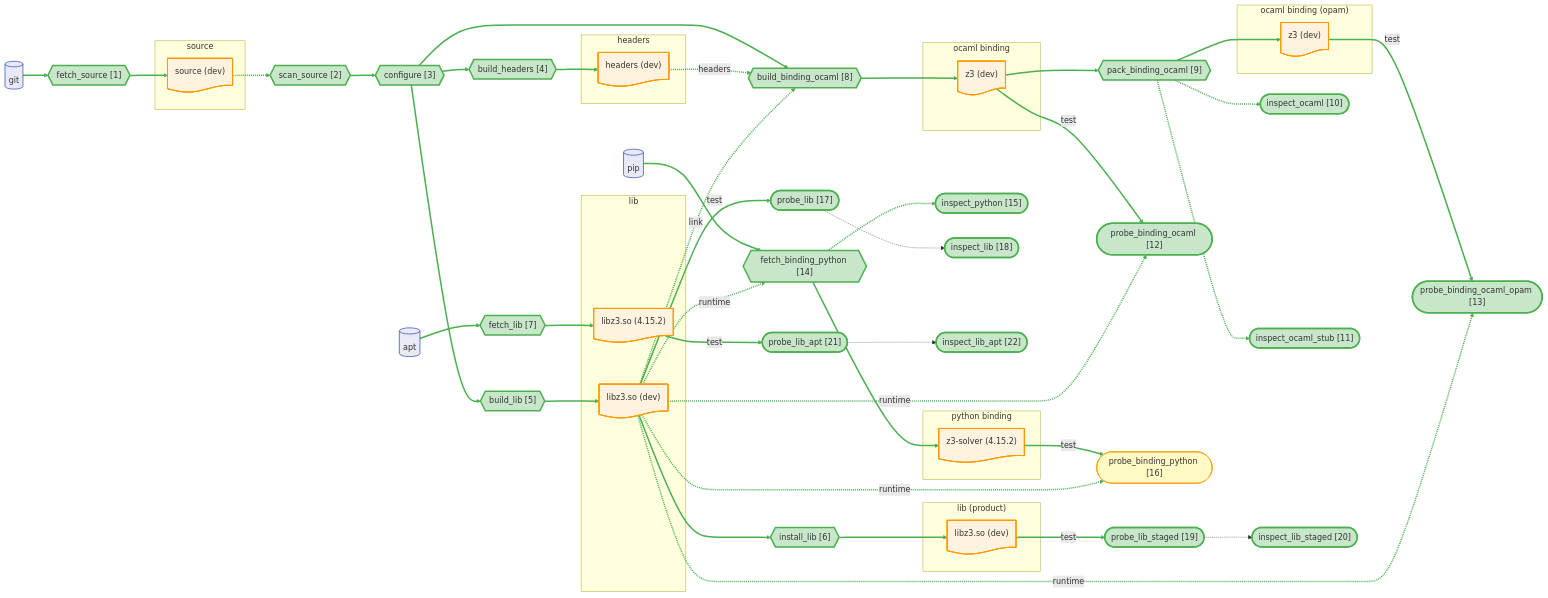
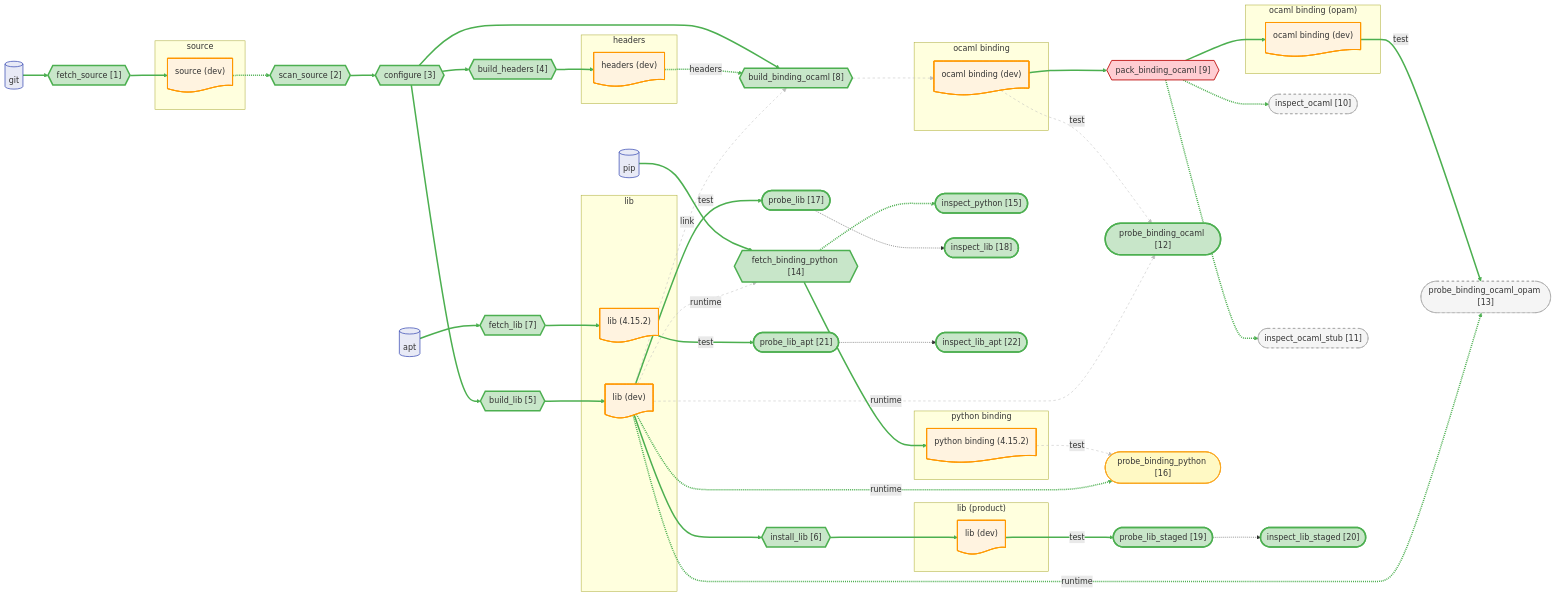
The diagram in docs/canary/projects/z3/_run/diagrams/full.mmd (JHU-PL-Lab/tola), drawn with Mermaid before and after one commit. The commit also changed 56 other files, not shown here.

First line of the commit message:
refactor: split canary_action.ml, extract canary_diagram.ml

```diff
--- a/docs/canary/projects/z3/_run/diagrams/full.mmd
+++ b/docs/canary/projects/z3/_run/diagrams/full.mmd
@@ -1,153 +1,153 @@
 %% view: full
 graph LR
     subgraph source_sg ["source"]
       source_node@{ shape: doc, label: "source (dev)" }
     end
     subgraph headers_sg ["headers"]
       headers_node@{ shape: doc, label: "headers (dev)" }
     end
     subgraph lib_input_sg ["lib"]
-      lib_build_tree_node@{ shape: doc, label: "libz3.so (dev)" }
-      lib_apt_node@{ shape: doc, label: "libz3.so (4.15.2)" }
+      lib_build_tree_node@{ shape: doc, label: "lib (dev)" }
+      lib_apt_node@{ shape: doc, label: "lib (4.15.2)" }
     end
     subgraph lib_product_sg ["lib (product)"]
-      lib_staged_node@{ shape: doc, label: "libz3.so (dev)" }
+      lib_staged_node@{ shape: doc, label: "lib (dev)" }
     end
     subgraph ocaml_binding_input_sg ["ocaml binding"]
-      ocaml_binding_build_tree_node@{ shape: doc, label: "z3 (dev)" }
+      ocaml_binding_build_tree_node@{ shape: doc, label: "ocaml binding (dev)" }
     end
     subgraph ocaml_binding_product_sg ["ocaml binding (opam)"]
-      ocaml_binding_opam_node@{ shape: doc, label: "z3 (dev)" }
+      ocaml_binding_opam_node@{ shape: doc, label: "ocaml binding (dev)" }
     end
     subgraph python_binding_sg ["python binding"]
-      python_binding_node@{ shape: doc, label: "z3-solver (4.15.2)" }
+      python_binding_node@{ shape: doc, label: "python binding (4.15.2)" }
     end
 
     apt_store@{ shape: cyl, label: "apt" }
     git_store@{ shape: cyl, label: "git" }
     pip_store@{ shape: cyl, label: "pip" }
 
     A_scan_source{{"scan_source [2]"}}
     A_configure{{"configure [3]"}}
     A_fetch_source{{"fetch_source [1]"}}
     A_fetch_lib{{"fetch_lib [7]"}}
     A_fetch_binding_python{{"fetch_binding_python [14]"}}
     A_build_headers{{"build_headers [4]"}}
     A_build_lib{{"build_lib [5]"}}
     A_install_lib{{"install_lib [6]"}}
     A_build_binding_ocaml{{"build_binding_ocaml [8]"}}
     A_pack_binding_ocaml{{"pack_binding_ocaml [9]"}}
     A_pack_binding_ocaml_summary(["inspect_ocaml [10]"])
     A_pack_binding_ocaml_stub_summary(["inspect_ocaml_stub [11]"])
     A_probe_binding_ocaml(["probe_binding_ocaml [12]"])
     A_probe_binding_ocaml_opam(["probe_binding_ocaml_opam [13]"])
     A_fetch_binding_python_summary(["inspect_python [15]"])
     A_probe_binding_python(["probe_binding_python [16]"])
     A_probe_lib(["probe_lib [17]"])
     A_probe_lib_summary(["inspect_lib [18]"])
     A_probe_lib_staged(["probe_lib_staged [19]"])
     A_probe_lib_staged_summary(["inspect_lib_staged [20]"])
     A_probe_lib_apt(["probe_lib_apt [21]"])
     A_probe_lib_apt_summary(["inspect_lib_apt [22]"])
 
     git_store --> A_fetch_source --> source_node
     source_node -.-> A_scan_source
     A_scan_source --> A_configure
     A_configure --> A_build_headers
     A_build_headers --> headers_node
     A_configure --> A_build_lib
     A_build_lib --> lib_build_tree_node
     lib_build_tree_node --> A_install_lib
     A_install_lib --> lib_staged_node
     apt_store --> A_fetch_lib --> lib_apt_node
     lib_build_tree_node -->|test| A_probe_lib
     lib_staged_node -->|test| A_probe_lib_staged
     lib_apt_node -->|test| A_probe_lib_apt
     A_configure --> A_build_binding_ocaml
     headers_node -.->|headers| A_build_binding_ocaml
     lib_build_tree_node -.->|link| A_build_binding_ocaml
     A_build_binding_ocaml --> ocaml_binding_build_tree_node
     ocaml_binding_build_tree_node --> A_pack_binding_ocaml
     A_pack_binding_ocaml --> ocaml_binding_opam_node
     ocaml_binding_build_tree_node -->|test| A_probe_binding_ocaml
     lib_build_tree_node -.->|runtime| A_probe_binding_ocaml
     ocaml_binding_opam_node -->|test| A_probe_binding_ocaml_opam
     lib_build_tree_node -.->|runtime| A_probe_binding_ocaml_opam
     pip_store --> A_fetch_binding_python --> python_binding_node
     lib_build_tree_node -.->|runtime| A_fetch_binding_python
     python_binding_node -->|test| A_probe_binding_python
     lib_build_tree_node -.->|runtime| A_probe_binding_python
     A_pack_binding_ocaml -.-> A_pack_binding_ocaml_summary
     A_pack_binding_ocaml -.-> A_pack_binding_ocaml_stub_summary
     A_fetch_binding_python -.-> A_fetch_binding_python_summary
     A_probe_lib -.-> A_probe_lib_summary
     A_probe_lib_staged -.-> A_probe_lib_staged_summary
     A_probe_lib_apt -.-> A_probe_lib_apt_summary
 
     classDef artifact fill:#fff3e0,stroke:#ff9800,stroke-width:2px
     classDef store fill:#e8eaf6,stroke:#3f51b5,stroke-width:1.5px
     classDef st_done fill:#c8e6c9,stroke:#4caf50,stroke-width:3px
     classDef st_done_ctx fill:#e8f5e9,stroke:#a5d6a7,stroke-width:1.5px
     classDef st_expected_fail fill:#fff9c4,stroke:#f9a825,stroke-width:2px
     classDef st_failed fill:#ffcdd2,stroke:#c62828,stroke-width:2px
     classDef st_skipped fill:#f5f5f5,stroke:#9e9e9e,stroke-dasharray:5
     classDef st_nospec fill:#fafafa,stroke:#bdbdbd,stroke-dasharray:5
     class source_node,headers_node,lib_build_tree_node,lib_staged_node,lib_apt_node,ocaml_binding_build_tree_node,ocaml_binding_opam_node,python_binding_node artifact
     class apt_store store
     class git_store store
     class pip_store store
     class A_fetch_source st_done
     class A_scan_source st_done
     class A_configure st_done
     class A_build_headers st_done
     class A_build_lib st_done
     class A_install_lib st_done
     class A_fetch_lib st_done
     class A_build_binding_ocaml st_done
-    class A_pack_binding_ocaml st_done
-    class A_pack_binding_ocaml_summary st_done
-    class A_pack_binding_ocaml_stub_summary st_done
+    class A_pack_binding_ocaml st_failed
+    class A_pack_binding_ocaml_summary st_skipped
+    class A_pack_binding_ocaml_stub_summary st_skipped
     class A_probe_binding_ocaml st_done
-    class A_probe_binding_ocaml_opam st_done
+    class A_probe_binding_ocaml_opam st_skipped
     class A_fetch_binding_python st_done
     class A_fetch_binding_python_summary st_done
     class A_probe_binding_python st_expected_fail
     class A_probe_lib st_done
     class A_probe_lib_summary st_done
     class A_probe_lib_staged st_done
     class A_probe_lib_staged_summary st_done
     class A_probe_lib_apt st_done
     class A_probe_lib_apt_summary st_done
     linkStyle 0 stroke:#4caf50,stroke-width:3px
     linkStyle 1 stroke:#4caf50,stroke-width:3px
     linkStyle 2 stroke:#4caf50,stroke-width:3px
     linkStyle 3 stroke:#4caf50,stroke-width:3px
     linkStyle 4 stroke:#4caf50,stroke-width:3px
     linkStyle 5 stroke:#4caf50,stroke-width:3px
     linkStyle 6 stroke:#4caf50,stroke-width:3px
     linkStyle 7 stroke:#4caf50,stroke-width:3px
     linkStyle 8 stroke:#4caf50,stroke-width:3px
     linkStyle 9 stroke:#4caf50,stroke-width:3px
     linkStyle 10 stroke:#4caf50,stroke-width:3px
     linkStyle 11 stroke:#4caf50,stroke-width:3px
     linkStyle 12 stroke:#4caf50,stroke-width:3px
     linkStyle 13 stroke:#4caf50,stroke-width:3px
     linkStyle 14 stroke:#4caf50,stroke-width:3px
     linkStyle 15 stroke:#4caf50,stroke-width:3px
     linkStyle 16 stroke:#4caf50,stroke-width:3px
-    linkStyle 17 stroke:#4caf50,stroke-width:3px
-    linkStyle 18 stroke:#4caf50,stroke-width:3px
+    linkStyle 17 stroke:#bdbdbd,stroke-width:1px,stroke-dasharray:5
+    linkStyle 18 stroke:#bdbdbd,stroke-width:1px,stroke-dasharray:5
     linkStyle 19 stroke:#4caf50,stroke-width:3px
     linkStyle 20 stroke:#4caf50,stroke-width:3px
-    linkStyle 21 stroke:#4caf50,stroke-width:3px
-    linkStyle 22 stroke:#4caf50,stroke-width:3px
+    linkStyle 21 stroke:#bdbdbd,stroke-width:1px,stroke-dasharray:5
+    linkStyle 22 stroke:#bdbdbd,stroke-width:1px,stroke-dasharray:5
     linkStyle 23 stroke:#4caf50,stroke-width:3px
     linkStyle 24 stroke:#4caf50,stroke-width:3px
     linkStyle 25 stroke:#4caf50,stroke-width:3px
     linkStyle 26 stroke:#4caf50,stroke-width:3px
-    linkStyle 27 stroke:#4caf50,stroke-width:3px
-    linkStyle 28 stroke:#4caf50,stroke-width:3px
+    linkStyle 27 stroke:#bdbdbd,stroke-width:1px,stroke-dasharray:5
+    linkStyle 28 stroke:#bdbdbd,stroke-width:1px,stroke-dasharray:5
     linkStyle 29 stroke:#4caf50,stroke-width:3px
     linkStyle 30 stroke:#4caf50,stroke-width:3px
     linkStyle 31 stroke:#4caf50,stroke-width:3px
     linkStyle 32 stroke:#4caf50,stroke-width:3px
```
